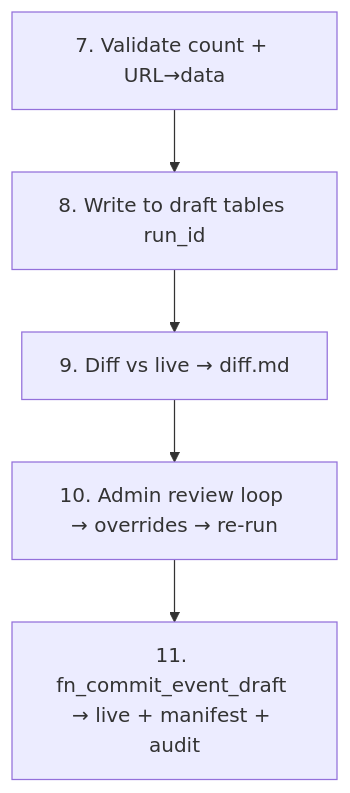
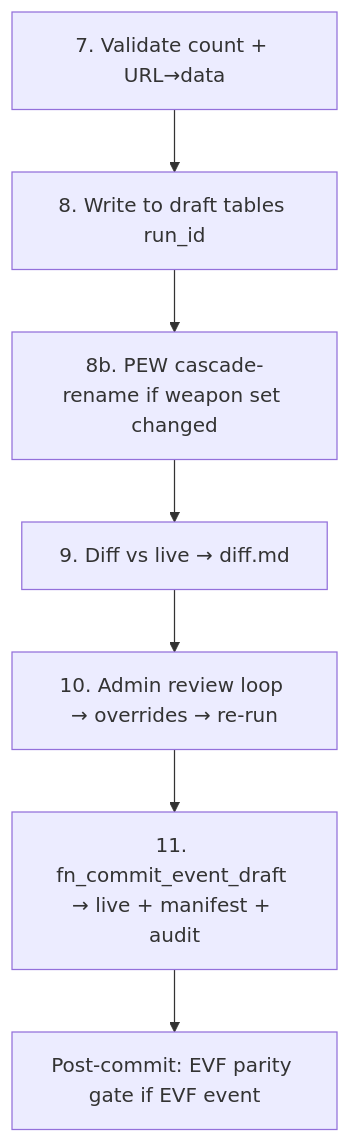
The diagram in doc/plans/rebuild/p4-commit-ui.md (Fencer4Life/spws-automated-ranklist), drawn with Mermaid before and after one commit. The commit also changed other lines of this file and 28 other files, not shown here.

````diff
--- a/doc/plans/rebuild/p4-commit-ui.md
+++ b/doc/plans/rebuild/p4-commit-ui.md
@@ -11,7 +11,9 @@
 ```mermaid
 flowchart TD
     S7[7. Validate count + URL→data] --> S8[8. Write to draft tables run_id]
-    S8 --> S9[9. Diff vs live → diff.md]
+    S8 --> S8b[8b. PEW cascade-rename if weapon set changed]
+    S8b --> S9[9. Diff vs live → diff.md]
     S9 --> S10[10. Admin review loop → overrides → re-run]
     S10 --> S11[11. fn_commit_event_draft → live + manifest + audit]
+    S11 --> P[Post-commit: EVF parity gate if EVF event]
 ```
````
